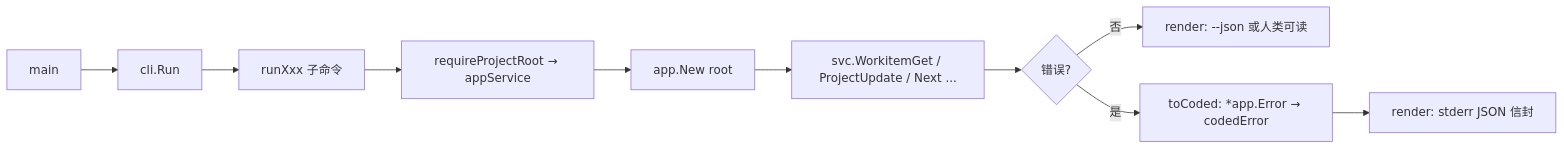
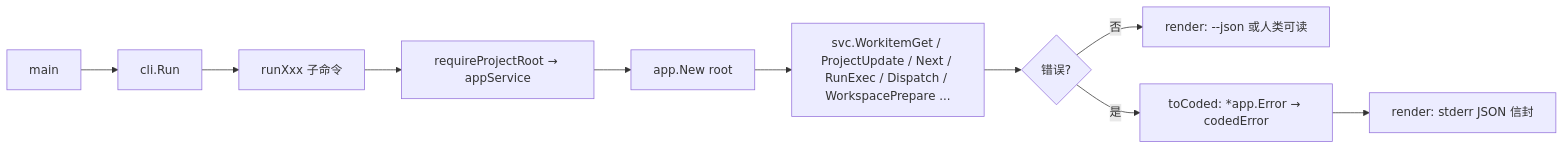
Before and after one commit to JAYY513/Workloom: the first of 3 diagrams in docs/repowiki/knowledge/共享应用与MCP/架构设计.md, drawn with Mermaid. The commit also changed other lines of this file and 23 other files, not shown here.

````diff
--- a/docs/repowiki/knowledge/共享应用与MCP/架构设计.md
+++ b/docs/repowiki/knowledge/共享应用与MCP/架构设计.md
@@ -68,12 +84,12 @@
 ```mermaid
 flowchart LR
     A[main] --> B[cli.Run]
     B --> C[runXxx 子命令]
     C --> D[requireProjectRoot → appService]
     D --> E[app.New root]
-    E --> F[svc.WorkitemGet / ProjectUpdate / Next ...]
+    E --> F[svc.WorkitemGet / ProjectUpdate / Next / RunExec / Dispatch / WorkspacePrepare ...]
     F --> G{错误?}
     G -- 否 --> H[render: --json 或人类可读]
     G -- 是 --> I[toCoded: *app.Error → codedError]
     I --> J[render: stderr JSON 信封]
 ```
````
